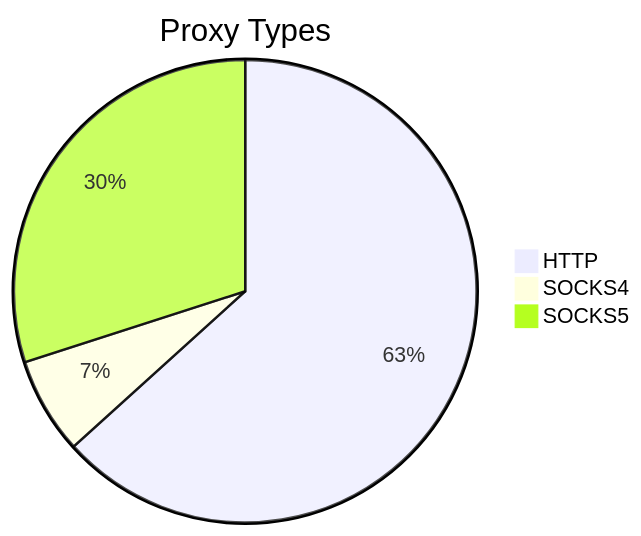
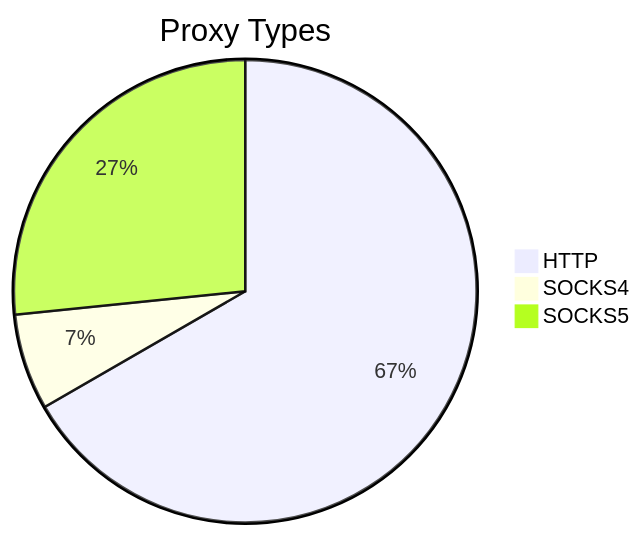
Before and after one commit to stormsia/proxy-list: the first of 2 diagrams in README.md, drawn with Mermaid. The commit also changed other lines of this file, not shown here.

````diff
--- a/README.md
+++ b/README.md
@@ -21,6 +21,6 @@
 ```mermaid
 pie title Proxy Types
-    "HTTP" : 450
-    "SOCKS4" : 48
-    "SOCKS5" : 213
+    "HTTP" : 496
+    "SOCKS4" : 50
+    "SOCKS5" : 198
 ```
````
